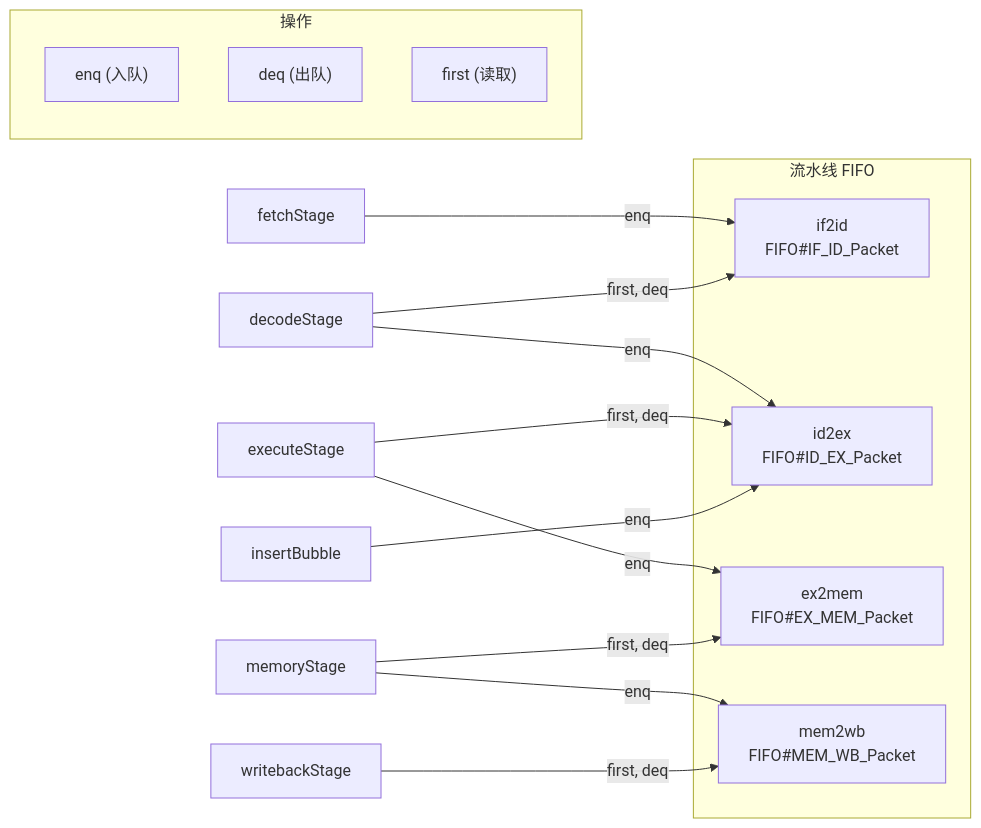
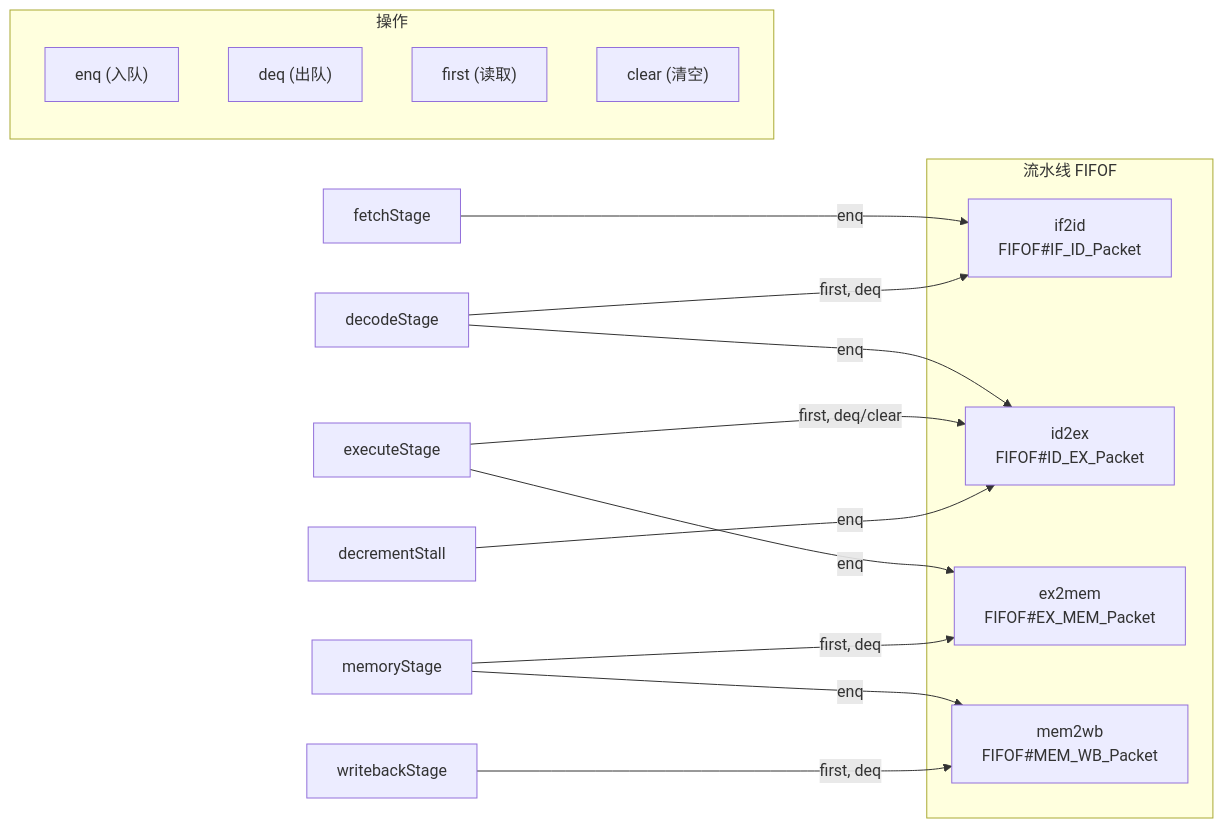
The third of 8 diagrams in docs/pipeline-scheduling.md (daivy2333/riscv-bsv-processor), drawn with Mermaid before and after one commit. The commit also changed other lines of this file and 6 other files, not shown here.

````diff
--- a/docs/pipeline-scheduling.md
+++ b/docs/pipeline-scheduling.md
@@ -99,26 +75,27 @@
 ```mermaid
 flowchart LR
-    subgraph FIFOs["流水线 FIFO"]
-        IF_ID["if2id<br/>FIFO#IF_ID_Packet"]
-        ID_EX["id2ex<br/>FIFO#ID_EX_Packet"]
-        EX_MEM["ex2mem<br/>FIFO#EX_MEM_Packet"]
-        MEM_WB["mem2wb<br/>FIFO#MEM_WB_Packet"]
+    subgraph FIFOs["流水线 FIFOF"]
+        IF_ID["if2id<br/>FIFOF#IF_ID_Packet"]
+        ID_EX["id2ex<br/>FIFOF#ID_EX_Packet"]
+        EX_MEM["ex2mem<br/>FIFOF#EX_MEM_Packet"]
+        MEM_WB["mem2wb<br/>FIFOF#MEM_WB_Packet"]
     end
 
     subgraph Operations["操作"]
         Enq["enq (入队)"]
         Deq["deq (出队)"]
         First["first (读取)"]
+        Clear["clear (清空)"]
     end
 
     fetchStage -->|"enq"| IF_ID
     decodeStage -->|"first, deq"| IF_ID
     decodeStage -->|"enq"| ID_EX
-    executeStage -->|"first, deq"| ID_EX
+    executeStage -->|"first, deq/clear"| ID_EX
     executeStage -->|"enq"| EX_MEM
     memoryStage -->|"first, deq"| EX_MEM
     memoryStage -->|"enq"| MEM_WB
     writebackStage -->|"first, deq"| MEM_WB
 
-    insertBubble -->|"enq"| ID_EX
+    decrementStall -->|"enq"| ID_EX
 ```
````
